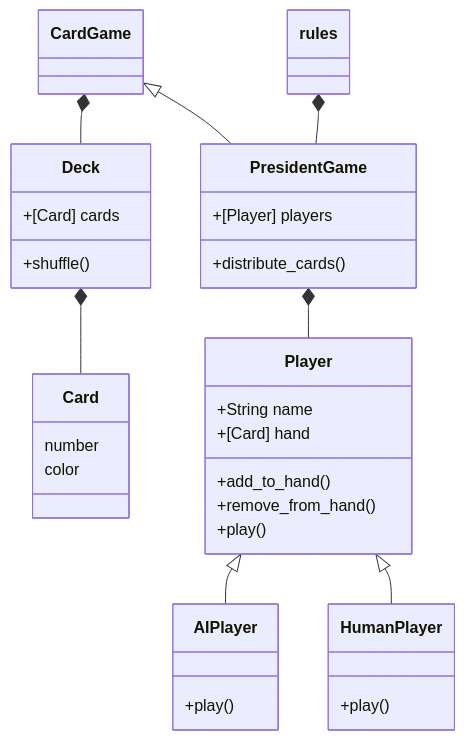
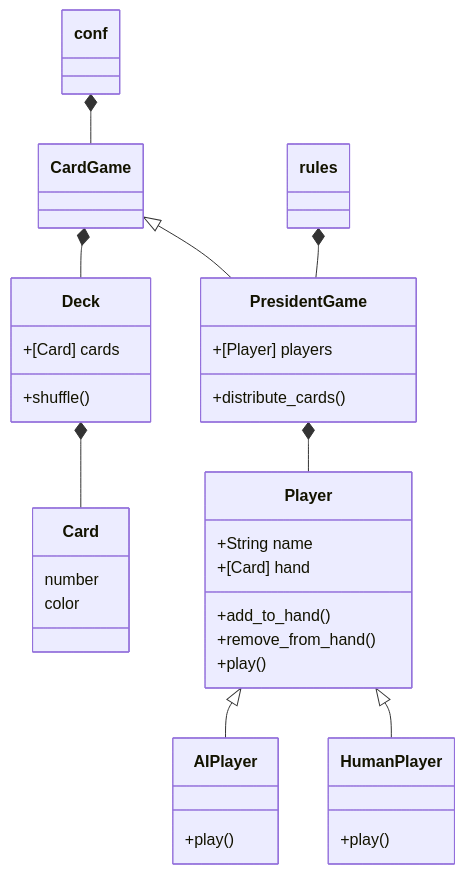
One commit to Mistayan/President-Game changed the second of 3 diagrams in README.md. Above: the diagram before and after it, drawn with Mermaid. The commit also changed other lines of this file, not shown here.

First line of the commit message:
instructions on how to start game

````diff
--- a/README.md
+++ b/README.md
@@ -46,36 +46,37 @@
 ```mermaid
 classDiagram
     Deck *-- Card
+    conf *-- CardGame
     CardGame *-- Deck
     CardGame <|-- PresidentGame
     rules *-- PresidentGame
     PresidentGame *-- Player
     Player <|-- AIPlayer
     Player <|-- HumanPlayer
     class PresidentGame{
         +[Player] players
         +distribute_cards()
     }
     class Player{
         +String name
         +[Card] hand
         +add_to_hand()
         +remove_from_hand()
         +play()
     }
     class Deck{
         +[Card] cards
         +shuffle()
     }
     class AIPlayer{
         +play()
     }
     class HumanPlayer{
         +play()
     }
     class Card{
         number
         color
     }
     
 ```
````
